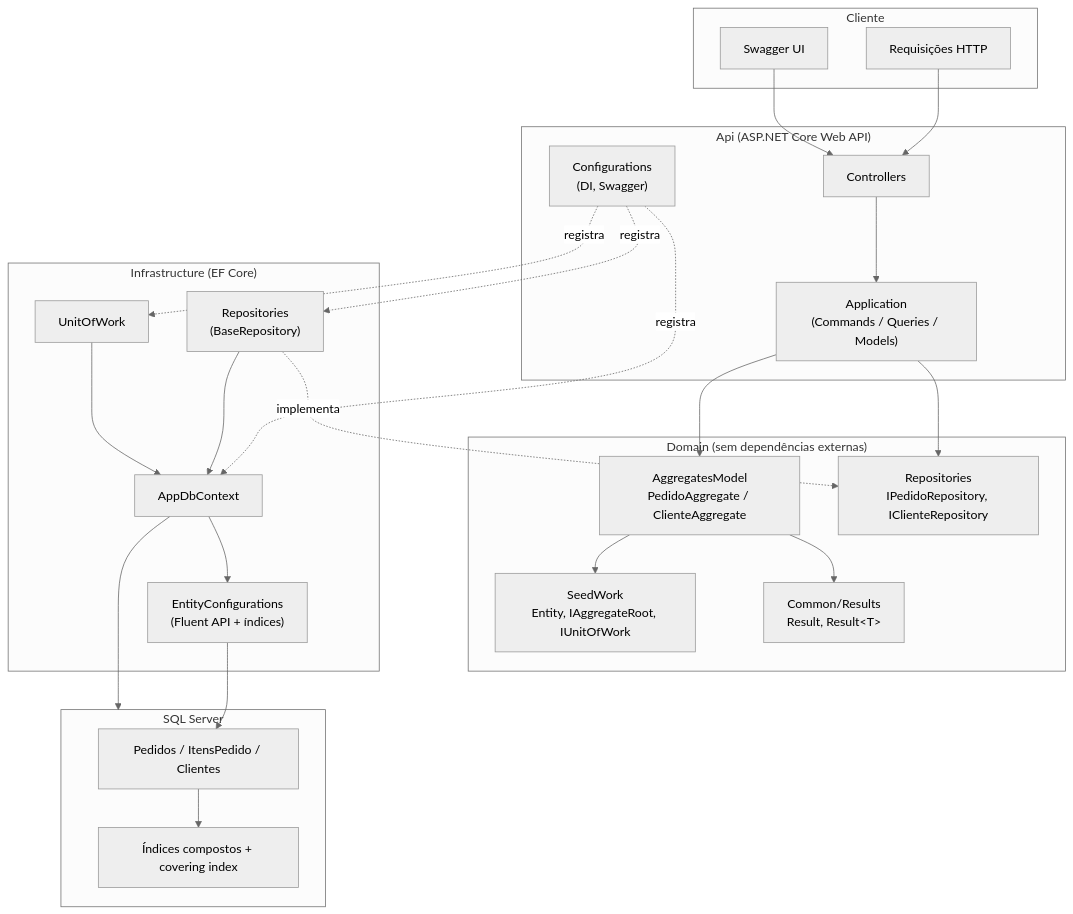
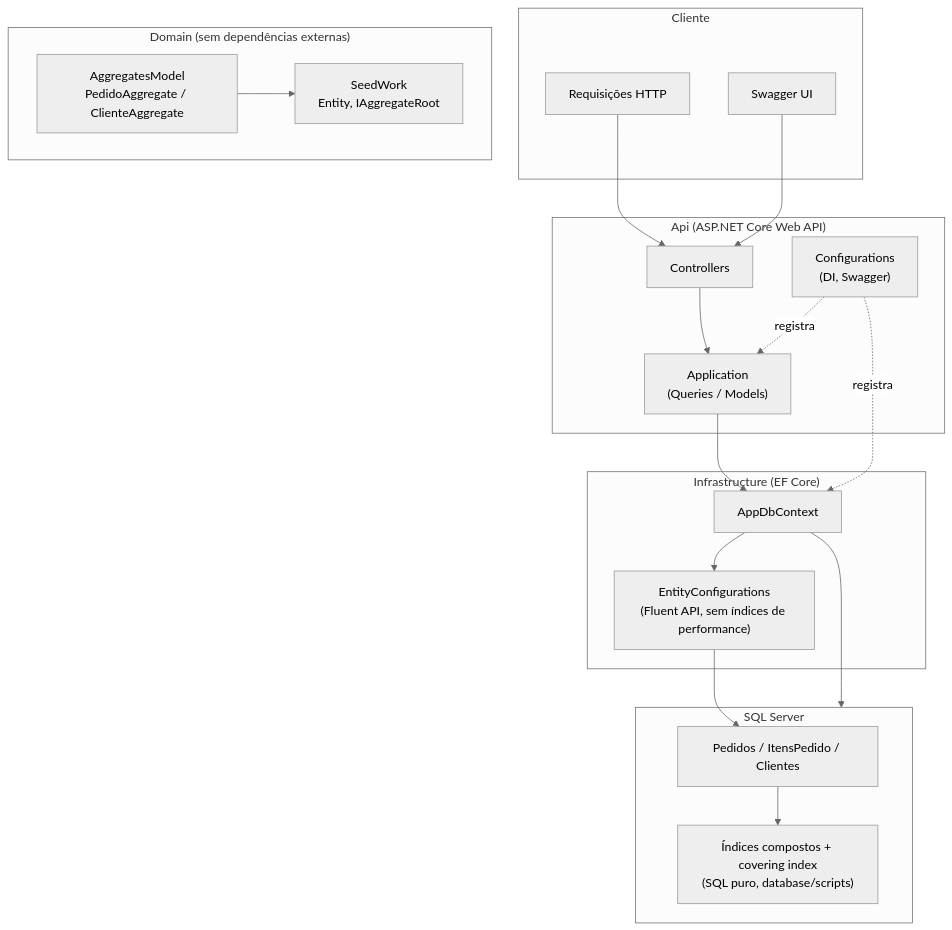
Before and after one commit to Bieldev1/high-performance-orders: the diagram in docs/system-design.md, drawn with Mermaid (neutral theme). The commit also changed other lines of this file and 16 other files, not shown here.

Commit message:
chore: remove unused scaffolding (Repository, UnitOfWork, Result pattern, empty folders)

````diff
--- a/docs/system-design.md
+++ b/docs/system-design.md
@@ -5,52 +5,43 @@
 ```mermaid
 graph TB
     subgraph Cliente["Cliente"]
         SW["Swagger UI"]
         HTTP["Requisições HTTP"]
     end
 
     subgraph Api["Api (ASP.NET Core Web API)"]
         Ctrl["Controllers"]
-        App["Application<br/>(Commands / Queries / Models)"]
+        App["Application<br/>(Queries / Models)"]
         Cfg["Configurations<br/>(DI, Swagger)"]
     end
 
     subgraph Domain["Domain (sem dependências externas)"]
         Agg["AggregatesModel<br/>PedidoAggregate / ClienteAggregate"]
-        Seed["SeedWork<br/>Entity, IAggregateRoot, IUnitOfWork"]
-        Repo["Repositories<br/>IPedidoRepository, IClienteRepository"]
-        Result["Common/Results<br/>Result, Result&lt;T&gt;"]
+        Seed["SeedWork<br/>Entity, IAggregateRoot"]
     end
 
     subgraph Infra["Infrastructure (EF Core)"]
         Ctx["AppDbContext"]
-        Maps["EntityConfigurations<br/>(Fluent API + índices)"]
-        RepoImpl["Repositories<br/>(BaseRepository)"]
-        UoW["UnitOfWork"]
+        Maps["EntityConfigurations<br/>(Fluent API, sem índices de performance)"]
     end
 
     subgraph DB["SQL Server"]
         Tabelas["Pedidos / ItensPedido / Clientes"]
-        Indices["Índices compostos + covering index"]
+        Indices["Índices compostos + covering index<br/>(SQL puro, database/scripts)"]
     end
 
     HTTP --> Ctrl
     SW --> Ctrl
     Ctrl --> App
-    App --> Agg
-    App --> Repo
-    Cfg -.registra.-> RepoImpl
+    App --> Ctx
+
     Cfg -.registra.-> Ctx
-    Cfg -.registra.-> UoW
+    Cfg -.registra.-> App
 
-    RepoImpl -.implementa.-> Repo
-    RepoImpl --> Ctx
-    UoW --> Ctx
     Ctx --> Maps
     Maps --> Tabelas
     Ctx --> DB
     Tabelas --> Indices
 
     Agg --> Seed
-    Agg --> Result
 ```
````
